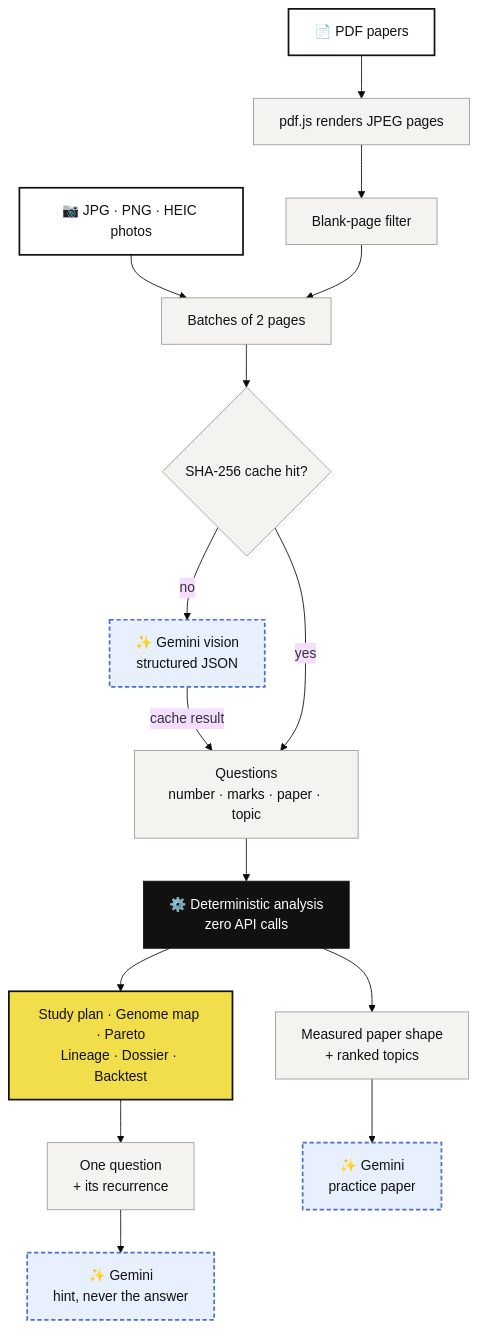
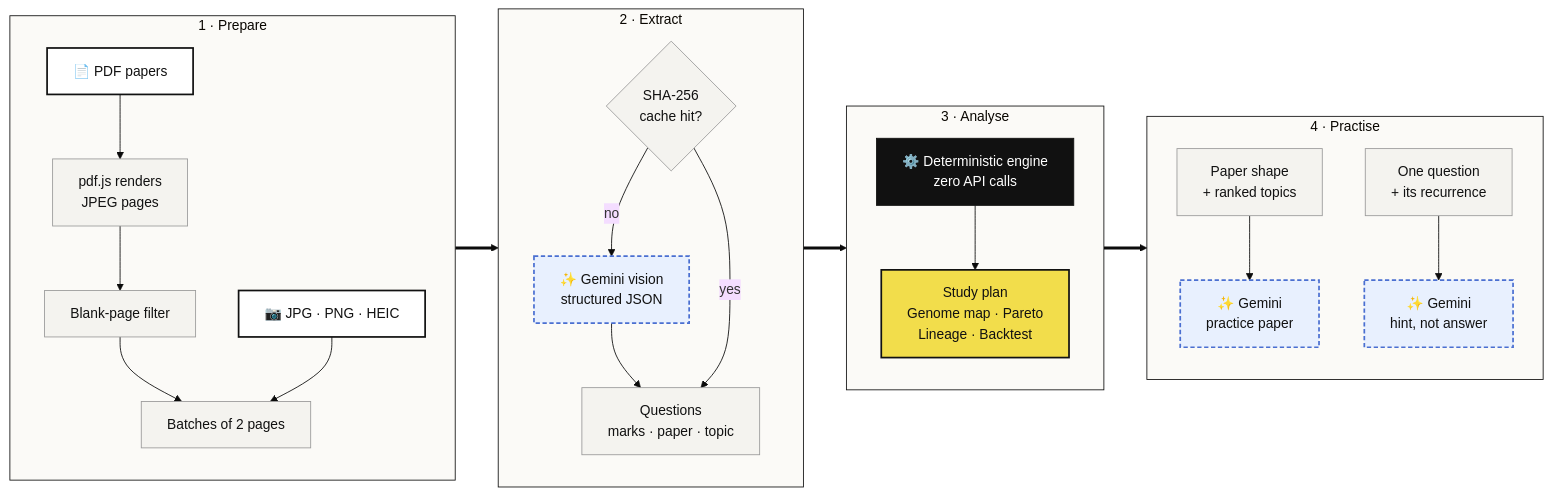
Before and after one commit to adib-11/qdna: the diagram in README.md, drawn with Mermaid (base theme).

Commit message:
docs: group the How it works diagram into four stages

````diff
--- a/README.md
+++ b/README.md
@@ -120,28 +120,45 @@
 ```mermaid
-flowchart TB
-    pdf["📄 PDF papers"] --> raster["pdf.js renders JPEG pages"]
-    raster --> blank["Blank-page filter"]
-    photos["📷 JPG · PNG · HEIC photos"] --> batch
-    blank --> batch["Batches of 2 pages"]
-    batch --> cache{"SHA-256 cache hit?"}
-    cache -- "no" --> extract["✨ Gemini vision<br/>structured JSON"]
-    extract -- "cache result" --> questions
-    cache -- "yes" --> questions["Questions<br/>number · marks · paper · topic"]
-    questions --> engine["⚙️ Deterministic analysis<br/>zero API calls"]
-    engine --> outputs["Study plan · Genome map · Pareto<br/>Lineage · Dossier · Backtest"]
-    engine --> shape["Measured paper shape<br/>+ ranked topics"]
-    outputs --> one["One question<br/>+ its recurrence"]
-    shape --> paper["✨ Gemini<br/>practice paper"]
-    one --> hint["✨ Gemini<br/>hint, never the answer"]
+flowchart LR
+    subgraph prep["1 · Prepare"]
+        direction TB
+        pdf["📄 PDF papers"] --> raster["pdf.js renders<br/>JPEG pages"]
+        raster --> blank["Blank-page filter"]
+        blank --> batch["Batches of 2 pages"]
+        photos["📷 JPG · PNG · HEIC"] --> batch
+    end
+
+    subgraph read["2 · Extract"]
+        direction TB
+        cache{"SHA-256<br/>cache hit?"} -- "no" --> extract["✨ Gemini vision<br/>structured JSON"]
+        extract --> questions["Questions<br/>marks · paper · topic"]
+        cache -- "yes" --> questions
+    end
+
+    subgraph count["3 · Analyse"]
+        direction TB
+        engine["⚙️ Deterministic engine<br/>zero API calls"] --> outputs["Study plan<br/>Genome map · Pareto<br/>Lineage · Backtest"]
+    end
+
+    subgraph make["4 · Practise"]
+        direction TB
+        shape["Paper shape<br/>+ ranked topics"] --> paper["✨ Gemini<br/>practice paper"]
+        one["One question<br/>+ its recurrence"] --> hint["✨ Gemini<br/>hint, not answer"]
+    end
+
+    prep ==> read ==> count ==> make
 
     classDef input fill:#ffffff,stroke:#111111,stroke-width:2px,color:#111111
     classDef step fill:#f4f3ef,stroke:#9a9a9a,color:#111111
     classDef core fill:#111111,stroke:#111111,color:#ffffff
     classDef result fill:#f2dd4b,stroke:#111111,stroke-width:2px,color:#111111
     classDef model fill:#e8f0fe,stroke:#4a6fd1,stroke-width:2px,stroke-dasharray:5 3,color:#111111
     class pdf,photos input
     class raster,blank,batch,cache,questions,shape,one step
     class engine core
     class outputs result
     class extract,paper,hint model
+    style prep fill:#fbfaf7,stroke:#111111
+    style read fill:#fbfaf7,stroke:#111111
+    style count fill:#fbfaf7,stroke:#111111
+    style make fill:#fbfaf7,stroke:#111111
 ```
````
